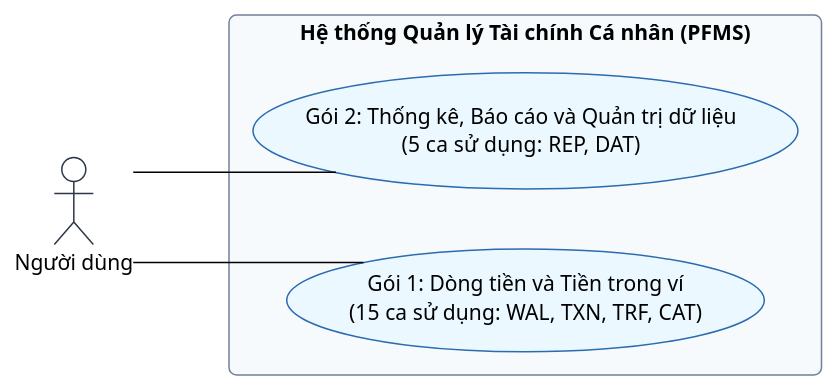
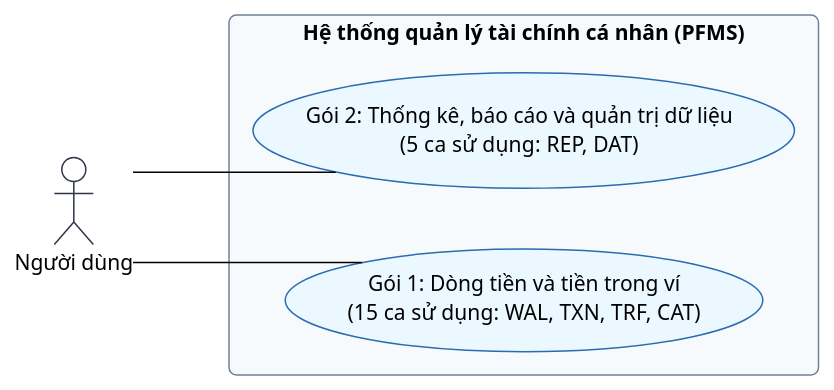
The first of 7 diagrams in docs/software-requirement-specification/08-so-do-ca-su-dung-he-thong.md (mynhleeh/pfms-oop), drawn with PlantUML before and after one commit. The commit also changed other lines of this file and 9 other files, not shown here.

````diff
--- a/docs/software-requirement-specification/08-so-do-ca-su-dung-he-thong.md
+++ b/docs/software-requirement-specification/08-so-do-ca-su-dung-he-thong.md
@@ -27,27 +31,27 @@
 ```plantuml
 @startuml
 !theme plain
 skinparam shadowing false
 skinparam roundCorner 10
 skinparam defaultFontName "Segoe UI"
 skinparam linetype ortho
 skinparam nodesep 40
 skinparam ranksep 80
 skinparam actorBorderColor #2D3748
 skinparam usecaseBorderColor #2B6CB0
 skinparam usecaseBackgroundColor #EBF8FF
 skinparam rectangleBorderColor #718096
 skinparam rectangleBackgroundColor #F7FAFC
 left to right direction
 
 actor "Người dùng" as Owner
 
-rectangle "Hệ thống Quản lý Tài chính Cá nhân (PFMS)" {
-    usecase "Gói 2: Thống kê, Báo cáo và Quản trị dữ liệu\n(5 ca sử dụng: REP, DAT)" as UC_MACRO_02
-    usecase "Gói 1: Dòng tiền và Tiền trong ví\n(15 ca sử dụng: WAL, TXN, TRF, CAT)" as UC_MACRO_01
+rectangle "Hệ thống quản lý tài chính cá nhân (PFMS)" {
+usecase "Gói 2: Thống kê, báo cáo và quản trị dữ liệu\n(5 ca sử dụng: REP, DAT)" as UC_MACRO_02
+usecase "Gói 1: Dòng tiền và tiền trong ví\n(15 ca sử dụng: WAL, TXN, TRF, CAT)" as UC_MACRO_01
 }
 
 Owner -- UC_MACRO_01
 Owner -- UC_MACRO_02
 @enduml
 ```
````
